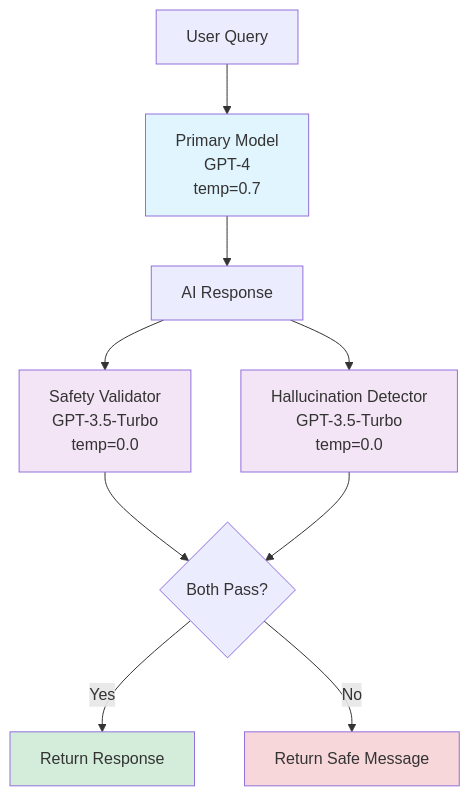
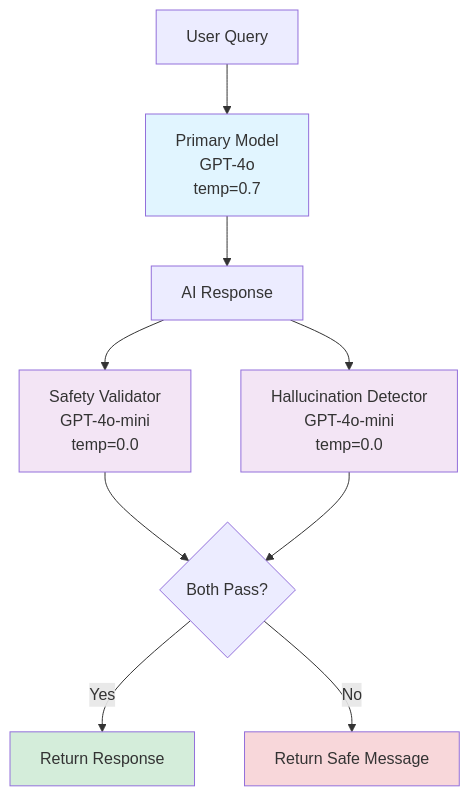
Before and after one commit to learnj-ai/workshops: the diagram in llm-springboot/docs/tutorials/module-05-security-guardrails/07-llm-config.md, drawn with Mermaid. The commit also changed other lines of this file and 21 other files, not shown here.

````diff
--- a/llm-springboot/docs/tutorials/module-05-security-guardrails/07-llm-config.md
+++ b/llm-springboot/docs/tutorials/module-05-security-guardrails/07-llm-config.md
@@ -101,21 +101,21 @@
 ```mermaid
 graph TB
-    Query[User Query] --> Primary[Primary Model<br/>GPT-4<br/>temp=0.7]
+    Query[User Query] --> Primary[Primary Model<br/>GPT-4o<br/>temp=0.7]
 
     Primary --> Response[AI Response]
 
-    Response --> Safety[Safety Validator<br/>GPT-3.5-Turbo<br/>temp=0.0]
-    Response --> Hallucination[Hallucination Detector<br/>GPT-3.5-Turbo<br/>temp=0.0]
+    Response --> Safety[Safety Validator<br/>GPT-4o-mini<br/>temp=0.0]
+    Response --> Hallucination[Hallucination Detector<br/>GPT-4o-mini<br/>temp=0.0]
 
     Safety --> Decision{Both Pass?}
     Hallucination --> Decision
 
     Decision -->|Yes| Approved[Return Response]
     Decision -->|No| Rejected[Return Safe Message]
 
     style Primary fill:#e1f5ff
     style Safety fill:#f3e5f5
     style Hallucination fill:#f3e5f5
     style Approved fill:#d4edda
     style Rejected fill:#f8d7da
 ```
````
